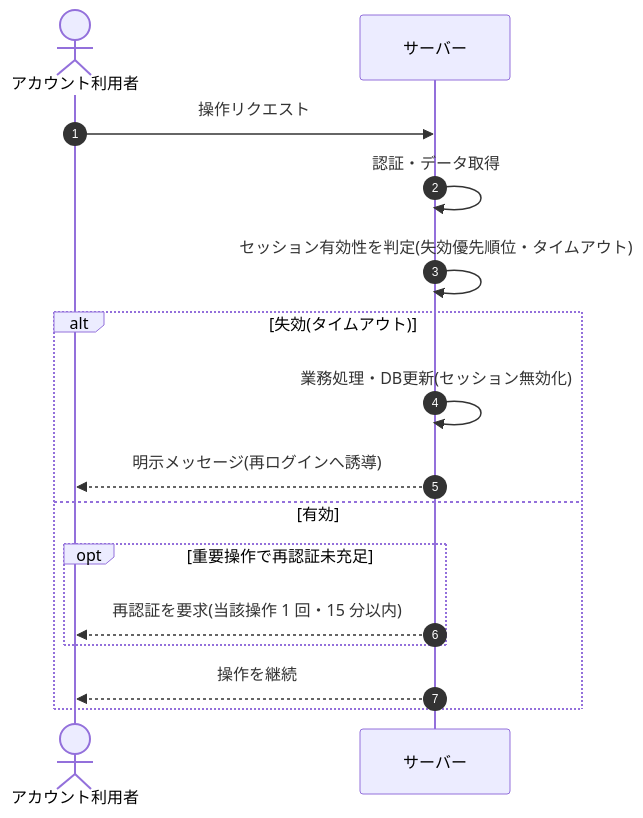
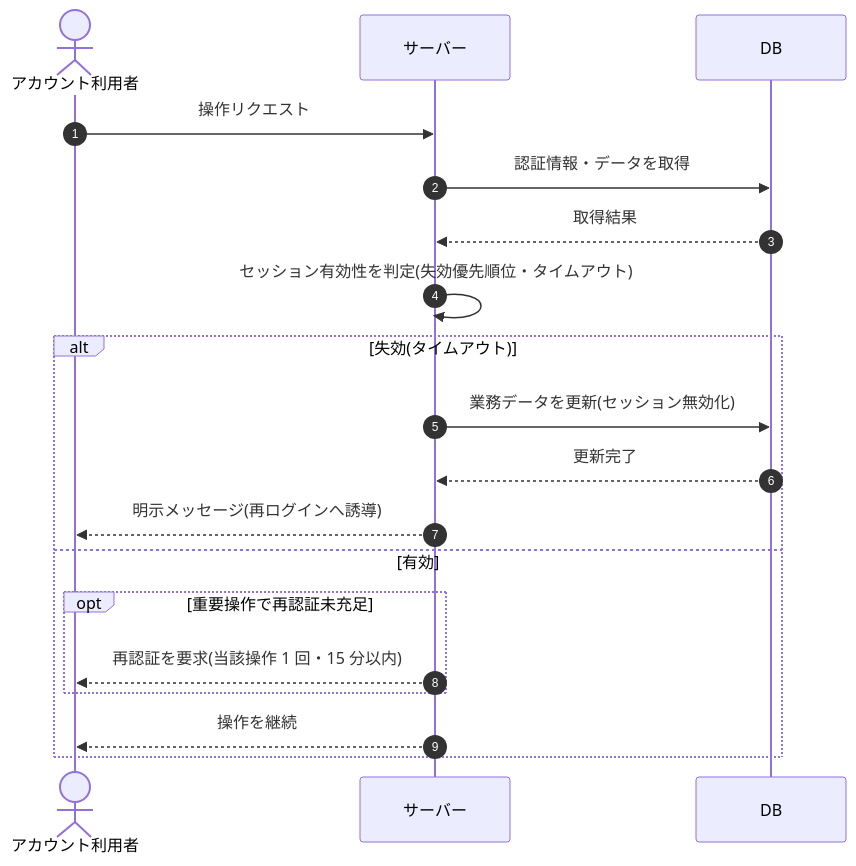
Before and after one commit to sikakou54/open-faq: the diagram in 02_basic_design/03_sequences/SEQ-102.md, drawn with Mermaid. The commit also changed other lines of this file and 122 other files, not shown here.

First line of the commit message:
シーケンス図に DB アクターを追加(DB 操作をサーバー自己メッセージから分離)

````diff
--- a/02_basic_design/03_sequences/SEQ-102.md
+++ b/02_basic_design/03_sequences/SEQ-102.md
@@ -26,18 +26,21 @@
 ```mermaid
 sequenceDiagram
   autonumber
   actor U as アカウント利用者
   participant Server as サーバー
+  participant DB as DB
   U->>Server: 操作リクエスト
-  Server->>Server: 認証・データ取得
+  Server->>DB: 認証情報・データを取得
+  DB-->>Server: 取得結果
   Server->>Server: セッション有効性を判定(失効優先順位・タイムアウト)
   alt 失効(タイムアウト)
-    Server->>Server: 業務処理・DB更新(セッション無効化)
+    Server->>DB: 業務データを更新(セッション無効化)
+    DB-->>Server: 更新完了
     Server-->>U: 明示メッセージ(再ログインへ誘導)
   else 有効
     opt 重要操作で再認証未充足
       Server-->>U: 再認証を要求(当該操作 1 回・15 分以内)
     end
     Server-->>U: 操作を継続
   end
 ```
````
